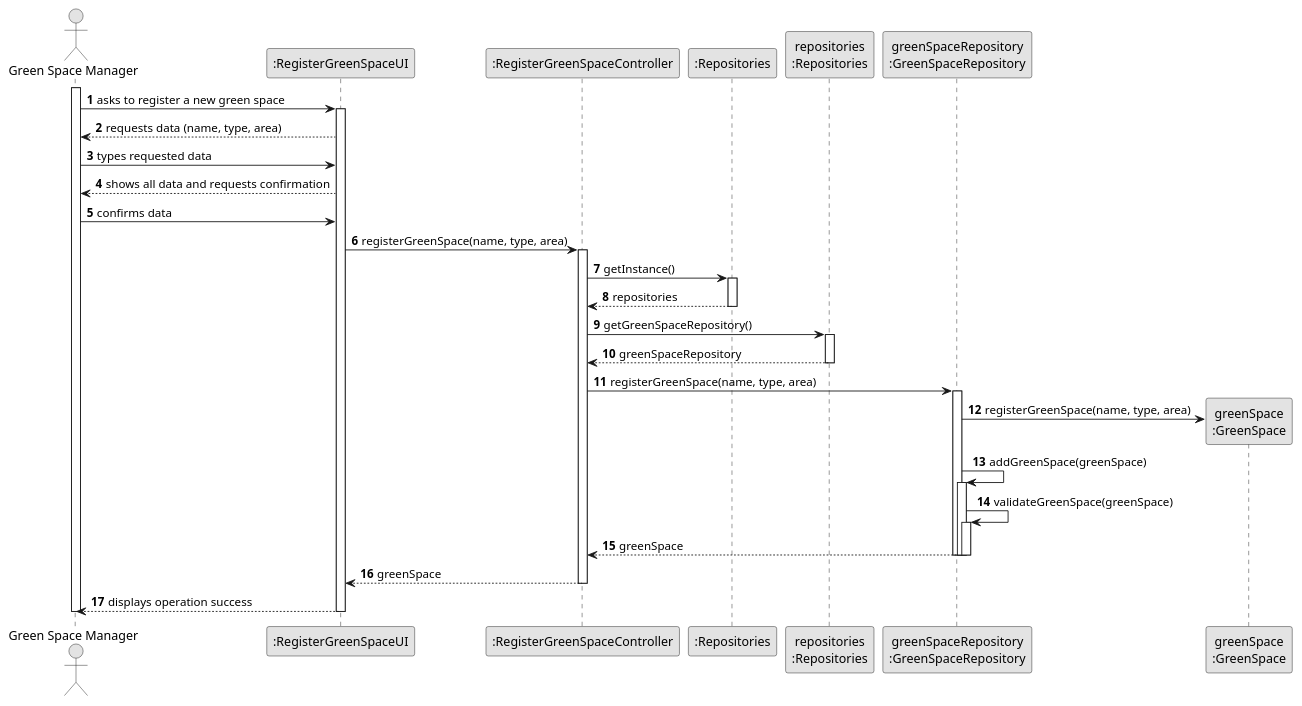
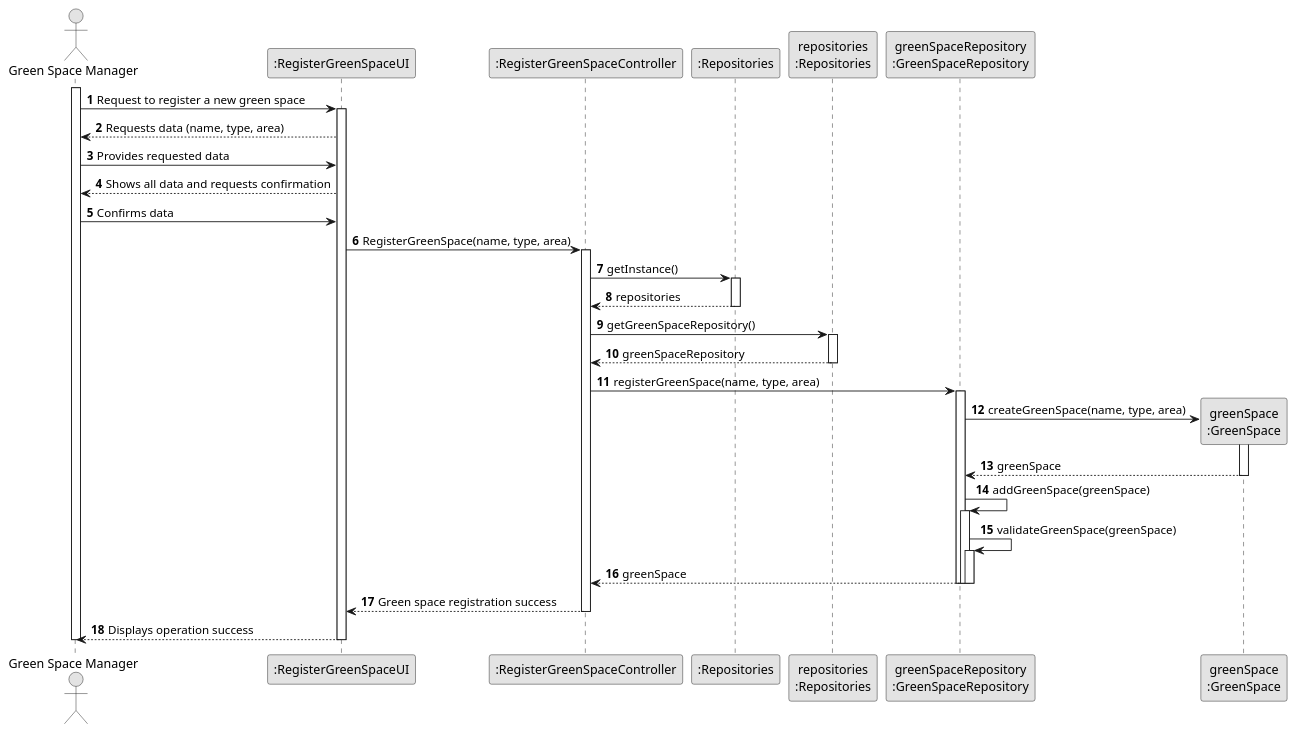
Before and after one commit to diogoveirospro/lei-24-s2-1dg-g072: the diagram in docs/sprintC/us020/03.design/puml/us020-sequence-diagram-full.puml, drawn with PlantUML. The commit also changed 4 other files, not shown here.

Commit message:
Green Space classes changes

```diff
--- a/docs/sprintC/us020/03.design/puml/us020-sequence-diagram-full.puml
+++ b/docs/sprintC/us020/03.design/puml/us020-sequence-diagram-full.puml
@@ -1,69 +1,72 @@
 @startuml
 skinparam monochrome true
 skinparam packageStyle rectangle
 skinparam shadowing false
 
 autonumber
 
-'hide footbox
 actor "Green Space Manager" as GSM
 participant ":RegisterGreenSpaceUI" as UI
 participant ":RegisterGreenSpaceController" as CTRL
 participant ":Repositories" as RepositorySingleton
 participant "repositories\n:Repositories" as PLAT
 participant "greenSpaceRepository\n:GreenSpaceRepository" as greenSpaceRepository
 participant "greenSpace\n:GreenSpace" as GREENSPACE
 
 activate GSM
 
-    GSM -> UI : asks to register a new green space
+    GSM -> UI : Request to register a new green space
 
     activate UI
 
-        UI --> GSM : requests data (name, type, area)
+        UI --> GSM : Requests data (name, type, area)
 
-        GSM -> UI : types requested data
+        GSM -> UI : Provides requested data
 
-        UI --> GSM : shows all data and requests confirmation
+        UI --> GSM : Shows all data and requests confirmation
 
-        GSM -> UI : confirms data
+        GSM -> UI : Confirms data
 
-        UI -> CTRL : registerGreenSpace(name, type, area)
+        UI -> CTRL : RegisterGreenSpace(name, type, area)
         activate CTRL
 
             CTRL -> RepositorySingleton : getInstance()
             activate RepositorySingleton
 
                 RepositorySingleton --> CTRL: repositories
             deactivate RepositorySingleton
 
             CTRL -> PLAT : getGreenSpaceRepository()
             activate PLAT
 
                 PLAT --> CTRL: greenSpaceRepository
             deactivate PLAT
 
             CTRL -> greenSpaceRepository : registerGreenSpace(name, type, area)
             activate greenSpaceRepository
 
-                greenSpaceRepository -> GREENSPACE**: registerGreenSpace(name, type, area)
+                greenSpaceRepository -> GREENSPACE**: createGreenSpace(name, type, area)
+                activate GREENSPACE
+                    GREENSPACE --> greenSpaceRepository : greenSpace
+                deactivate GREENSPACE
+
                 greenSpaceRepository -> greenSpaceRepository: addGreenSpace(greenSpace)
 
                 activate greenSpaceRepository
                     greenSpaceRepository -> greenSpaceRepository: validateGreenSpace(greenSpace)
                     activate greenSpaceRepository
                         greenSpaceRepository --> CTRL : greenSpace
                     deactivate greenSpaceRepository
                 deactivate greenSpaceRepository
 
             deactivate greenSpaceRepository
 
-        CTRL --> UI: greenSpace
+        CTRL --> UI: Green space registration success
         deactivate CTRL
 
-        UI --> GSM: displays operation success
+        UI --> GSM: Displays operation success
     deactivate UI
 
 deactivate GSM
 
 @enduml
```
